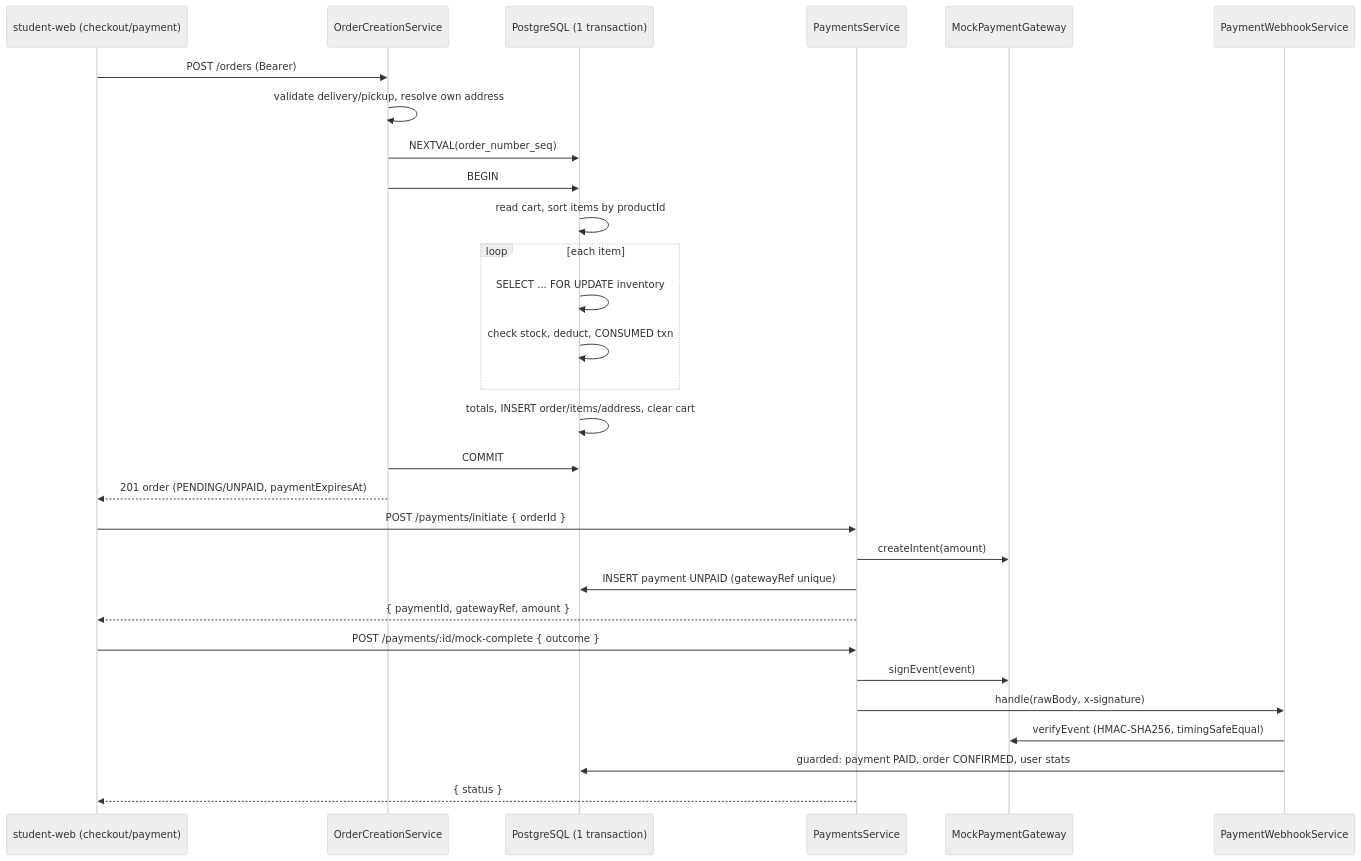
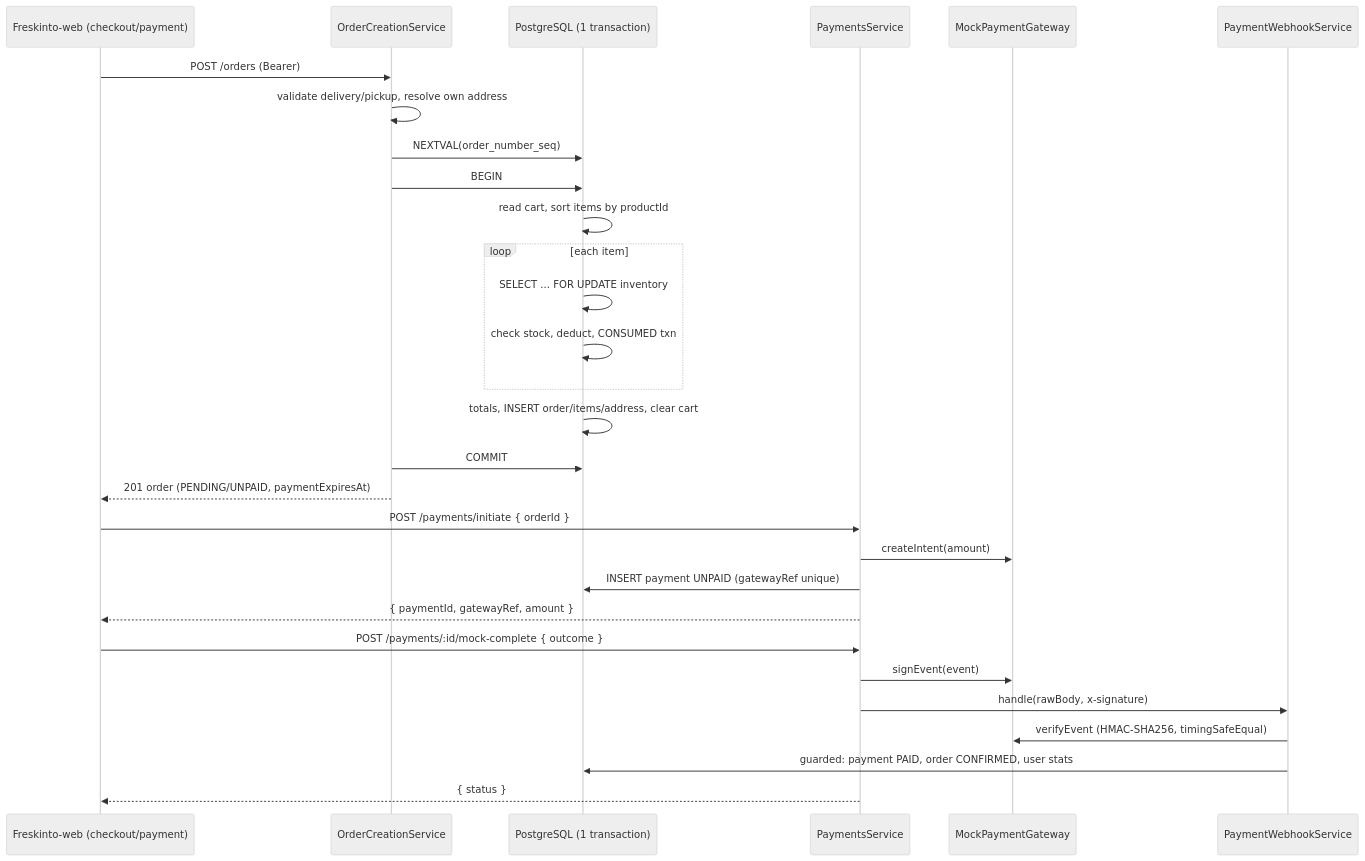
Before and after one commit to RAZA5500/SMIT-FINAL-PROJECT: the fifth of 6 diagrams in notes/architecture.md, drawn with Mermaid (neutral theme). The commit also changed other lines of this file and 14 other files, not shown here.

Commit message:
feat: rename project references from student to Freskinto and update documentation

````diff
--- a/notes/architecture.md
+++ b/notes/architecture.md
@@ -114,31 +114,31 @@
 ```mermaid
 sequenceDiagram
-  participant W as student-web (checkout/payment)
+  participant W as Freskinto-web (checkout/payment)
   participant API as OrderCreationService
   participant DB as PostgreSQL (1 transaction)
   participant P as PaymentsService
   participant G as MockPaymentGateway
   participant WH as PaymentWebhookService
   W->>API: POST /orders (Bearer)
   API->>API: validate delivery/pickup, resolve own address
   API->>DB: NEXTVAL(order_number_seq)
   API->>DB: BEGIN
   DB->>DB: read cart, sort items by productId
   loop each item
     DB->>DB: SELECT ... FOR UPDATE inventory
     DB->>DB: check stock, deduct, CONSUMED txn
   end
   DB->>DB: totals, INSERT order/items/address, clear cart
   API->>DB: COMMIT
   API-->>W: 201 order (PENDING/UNPAID, paymentExpiresAt)
   W->>P: POST /payments/initiate { orderId }
   P->>G: createIntent(amount)
   P->>DB: INSERT payment UNPAID (gatewayRef unique)
   P-->>W: { paymentId, gatewayRef, amount }
   W->>P: POST /payments/:id/mock-complete { outcome }
   P->>G: signEvent(event)
   P->>WH: handle(rawBody, x-signature)
   WH->>G: verifyEvent (HMAC-SHA256, timingSafeEqual)
   WH->>DB: guarded: payment PAID, order CONFIRMED, user stats
   P-->>W: { status }
 ```
````
